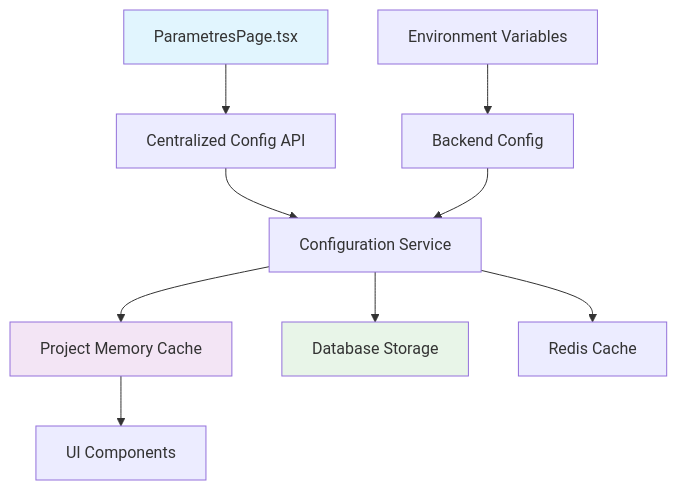
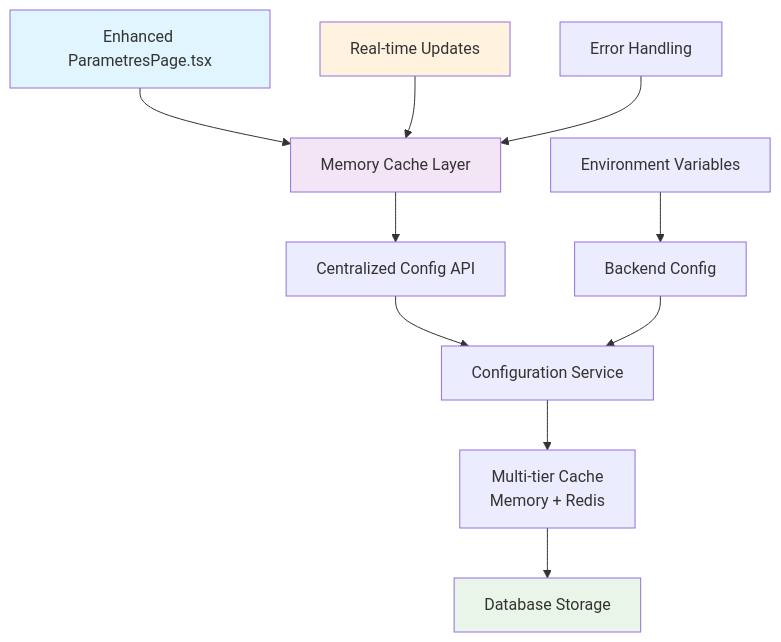
The fourth of 5 diagrams in .qoder/repowiki/en/content/System Architecture/Backend Architecture/Configuration & Environment Management.md (franckylab/eLISAschool), drawn with Mermaid before and after one commit. The commit also changed other lines of this file and 483 other files, not shown here.

````diff
--- a/.qoder/repowiki/en/content/System Architecture/Backend Architecture/Configuration & Environment Management.md
+++ b/.qoder/repowiki/en/content/System Architecture/Backend Architecture/Configuration & Environment Management.md
@@ -349,14 +363,16 @@
 ```mermaid
 flowchart TD
-A["ParametresPage.tsx"] --> B["Centralized Config API"]
-B --> C["Configuration Service"]
-C --> D["Project Memory Cache"]
-D --> E["UI Components"]
-C --> F["Database Storage"]
-C --> G["Redis Cache"]
-H["Environment Variables"] --> I["Backend Config"]
-I --> C
+A["Enhanced ParametresPage.tsx"] --> B["Memory Cache Layer"]
+B --> C["Centralized Config API"]
+C --> D["Configuration Service"]
+D --> E["Multi-tier Cache<br/>Memory + Redis"]
+E --> F["Database Storage"]
+G["Real-time Updates"] --> B
+H["Error Handling"] --> B
+I["Environment Variables"] --> J["Backend Config"]
+J --> D
 style A fill:#e1f5fe
-style D fill:#f3e5f5
+style B fill:#f3e5f5
 style F fill:#e8f5e8
+style G fill:#fff3e0
 ```
````
